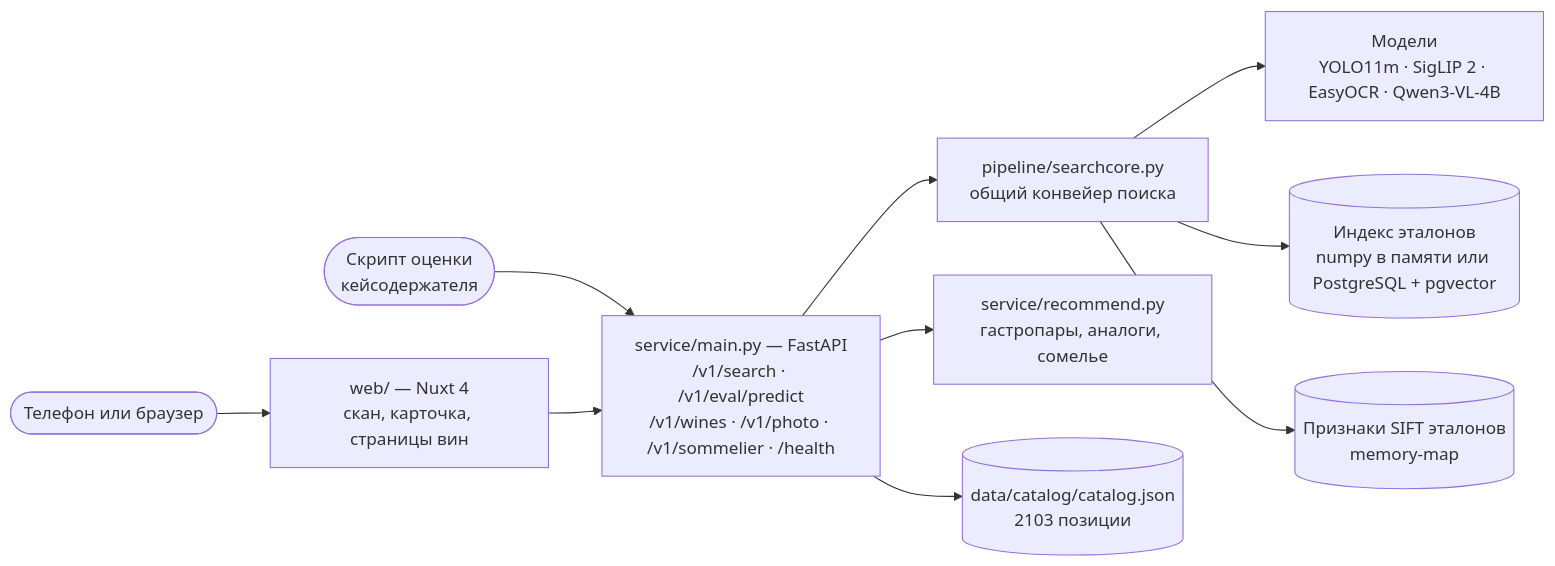
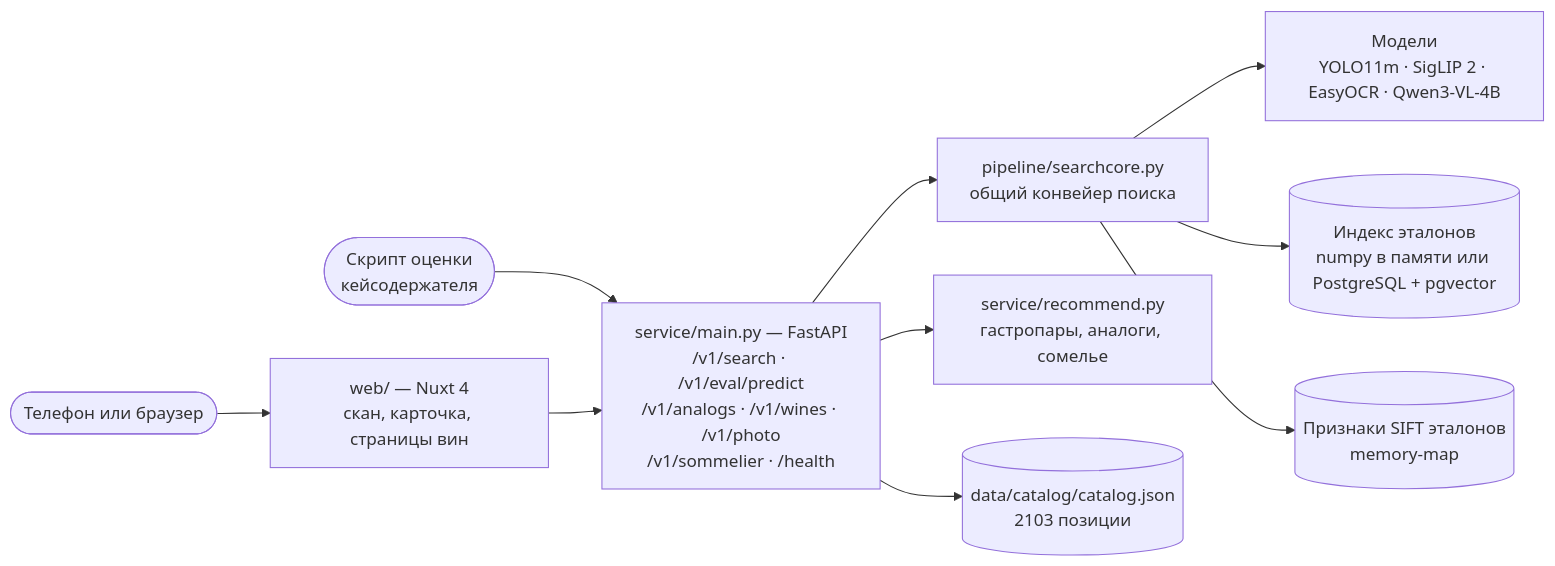
Before and after one commit to AlexGvr/rus_vines: the first of 5 diagrams in ARCHITECTURE.md, drawn with Mermaid. The commit also changed other lines of this file and 15 other files, not shown here.

````diff
--- a/ARCHITECTURE.md
+++ b/ARCHITECTURE.md
@@ -11,12 +11,12 @@
 ```mermaid
 flowchart LR
     user(["Телефон или браузер"]) --> web["web/ — Nuxt 4<br/>скан, карточка, страницы вин"]
     judge(["Скрипт оценки<br/>кейсодержателя"]) --> api
-    web --> api["service/main.py — FastAPI<br/>/v1/search · /v1/eval/predict<br/>/v1/wines · /v1/photo · /v1/sommelier · /health"]
+    web --> api["service/main.py — FastAPI<br/>/v1/search · /v1/eval/predict<br/>/v1/analogs · /v1/wines · /v1/photo<br/>/v1/sommelier · /health"]
     api --> core["pipeline/searchcore.py<br/>общий конвейер поиска"]
     api --> rec["service/recommend.py<br/>гастропары, аналоги, сомелье"]
     core --> models["Модели<br/>YOLO11m · SigLIP 2 · EasyOCR · Qwen3-VL-4B"]
     core --> store[("Индекс эталонов<br/>numpy в памяти или PostgreSQL + pgvector")]
     core --> sift[("Признаки SIFT эталонов<br/>memory-map")]
     api --> catalog[("data/catalog/catalog.json<br/>2103 позиции")]
 ```
````
